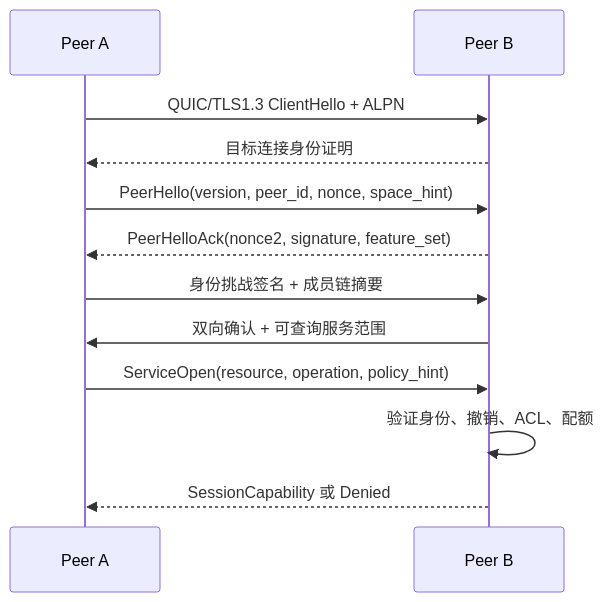
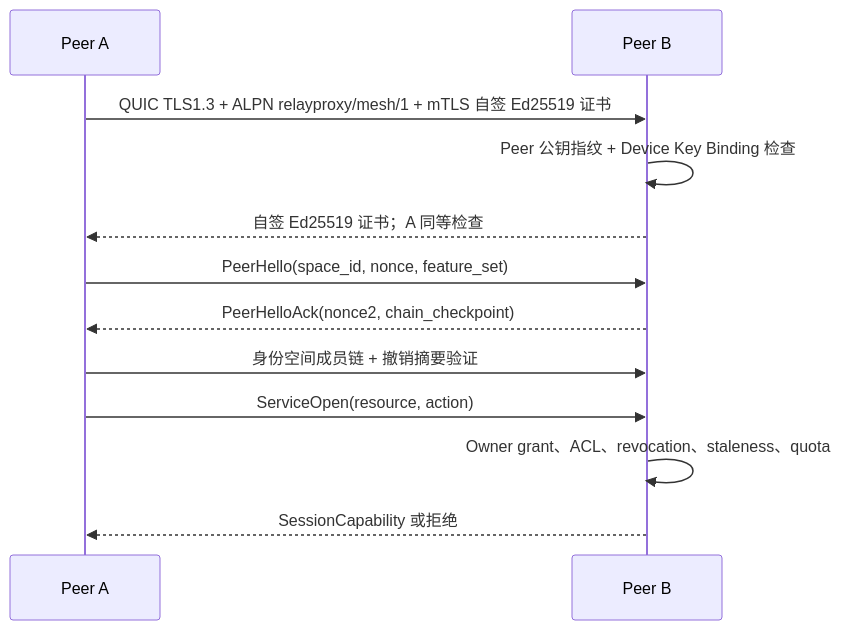
One commit to timwai/RelayProxy changed the seventh of 8 diagrams in docs/relayproxy-decentralized-peer-mesh-design.md. Above: the diagram before and after it, drawn with Mermaid. The commit also changed other lines of this file, not shown here.

Commit message:
docs(mesh): update full architecture proposal to v1.2 after reviews

````diff
--- a/docs/relayproxy-decentralized-peer-mesh-design.md
+++ b/docs/relayproxy-decentralized-peer-mesh-design.md
@@ -525,14 +591,14 @@
 ```mermaid
 sequenceDiagram
   participant A as Peer A
   participant B as Peer B
-  A->>B: QUIC/TLS1.3 ClientHello + ALPN
-  B-->>A: 目标连接身份证明
-  A->>B: PeerHello(version, peer_id, nonce, space_hint)
-  B-->>A: PeerHelloAck(nonce2, signature, feature_set)
-  A->>B: 身份挑战签名 + 成员链摘要
-  B->>A: 双向确认 + 可查询服务范围
-  A->>B: ServiceOpen(resource, operation, policy_hint)
-  B->>B: 验证身份、撤销、ACL、配额
-  B-->>A: SessionCapability 或 Denied
+  A->>B: QUIC TLS1.3 + ALPN relayproxy/mesh/1 + mTLS 自签 Ed25519 证书
+  B->>B: Peer 公钥指纹 + Device Key Binding 检查
+  B-->>A: 自签 Ed25519 证书；A 同等检查
+  A->>B: PeerHello(space_id, nonce, feature_set)
+  B-->>A: PeerHelloAck(nonce2, chain_checkpoint)
+  A->>B: 身份空间成员链 + 撤销摘要验证
+  A->>B: ServiceOpen(resource, action)
+  B->>B: Owner grant、ACL、revocation、staleness、quota
+  B-->>A: SessionCapability 或拒绝
 ```
````
